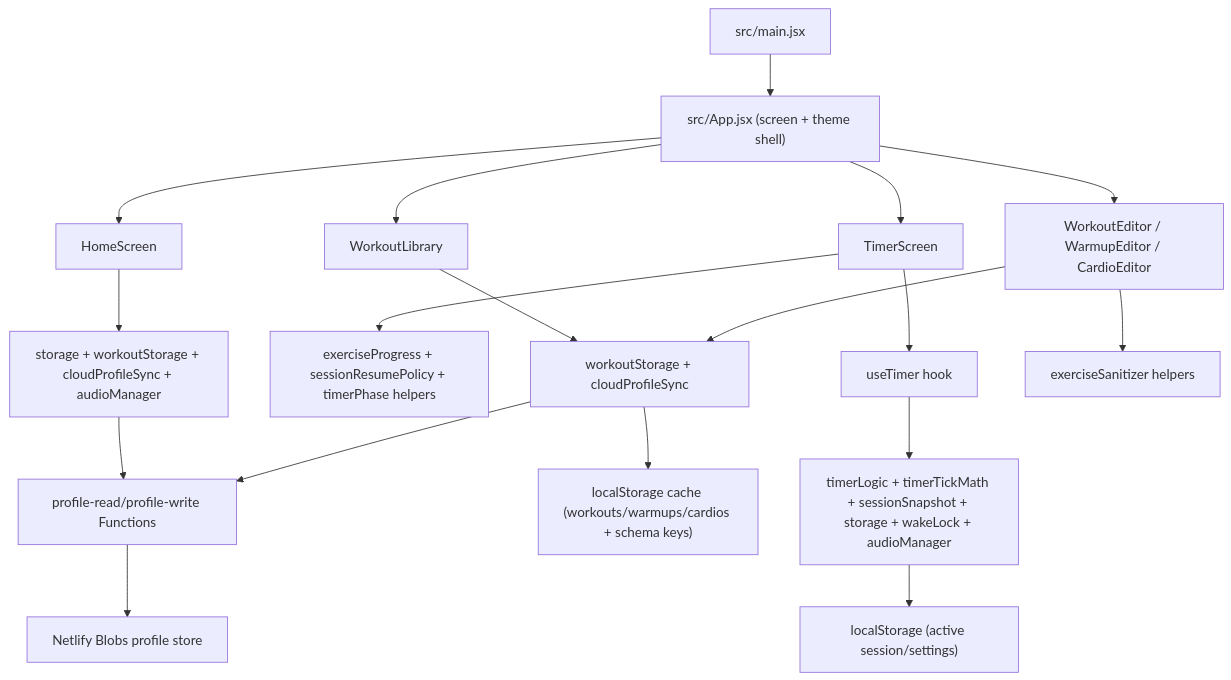
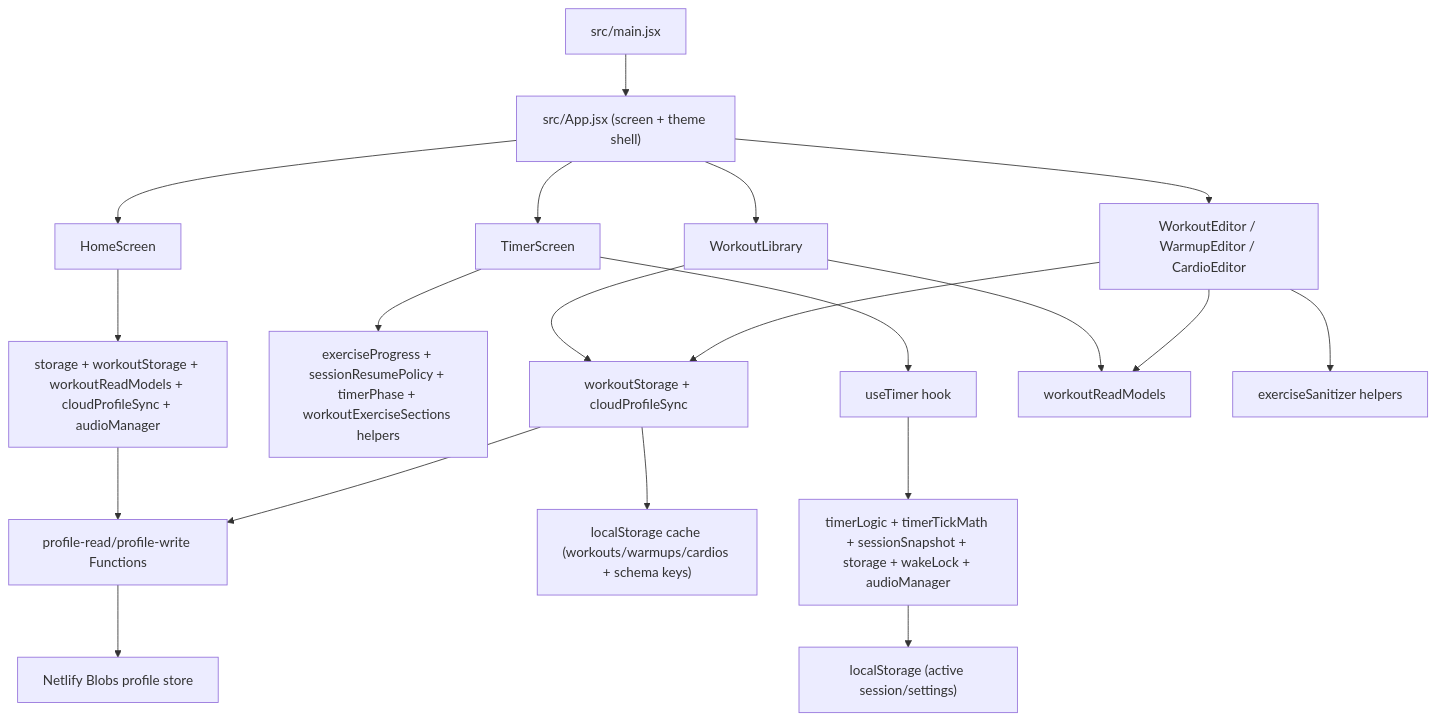
The diagram in docs/architecture-map.md (milogosx/new-timer), drawn with Mermaid before and after one commit. The commit also changed other lines of this file and 18 other files, not shown here.

Commit message:
refactor: advance tier 3 sync and storage boundaries

````diff
--- a/docs/architecture-map.md
+++ b/docs/architecture-map.md
@@ -14,20 +14,22 @@
 ```mermaid
 flowchart TD
   A["src/main.jsx"] --> B["src/App.jsx (screen + theme shell)"]
   B --> C["HomeScreen"]
   B --> D["TimerScreen"]
   B --> E["WorkoutLibrary"]
   B --> F["WorkoutEditor / WarmupEditor / CardioEditor"]
   D --> G["useTimer hook"]
-  D --> N["exerciseProgress + sessionResumePolicy + timerPhase helpers"]
+  D --> N["exerciseProgress + sessionResumePolicy + timerPhase + workoutExerciseSections helpers"]
   G --> H["timerLogic + timerTickMath + sessionSnapshot + storage + wakeLock + audioManager"]
-  C --> I["storage + workoutStorage + cloudProfileSync + audioManager"]
+  C --> I["storage + workoutStorage + workoutReadModels + cloudProfileSync + audioManager"]
   E --> J["workoutStorage + cloudProfileSync"]
+  E --> R["workoutReadModels"]
   F --> O["exerciseSanitizer helpers"]
   F --> J
+  F --> R["workoutReadModels"]
   J --> K["localStorage cache (workouts/warmups/cardios + schema keys)"]
   P["profile-read/profile-write Functions"] --> Q["Netlify Blobs profile store"]
   I --> P
   J --> P
   H --> L["localStorage (active session/settings)"]
 ```
````
